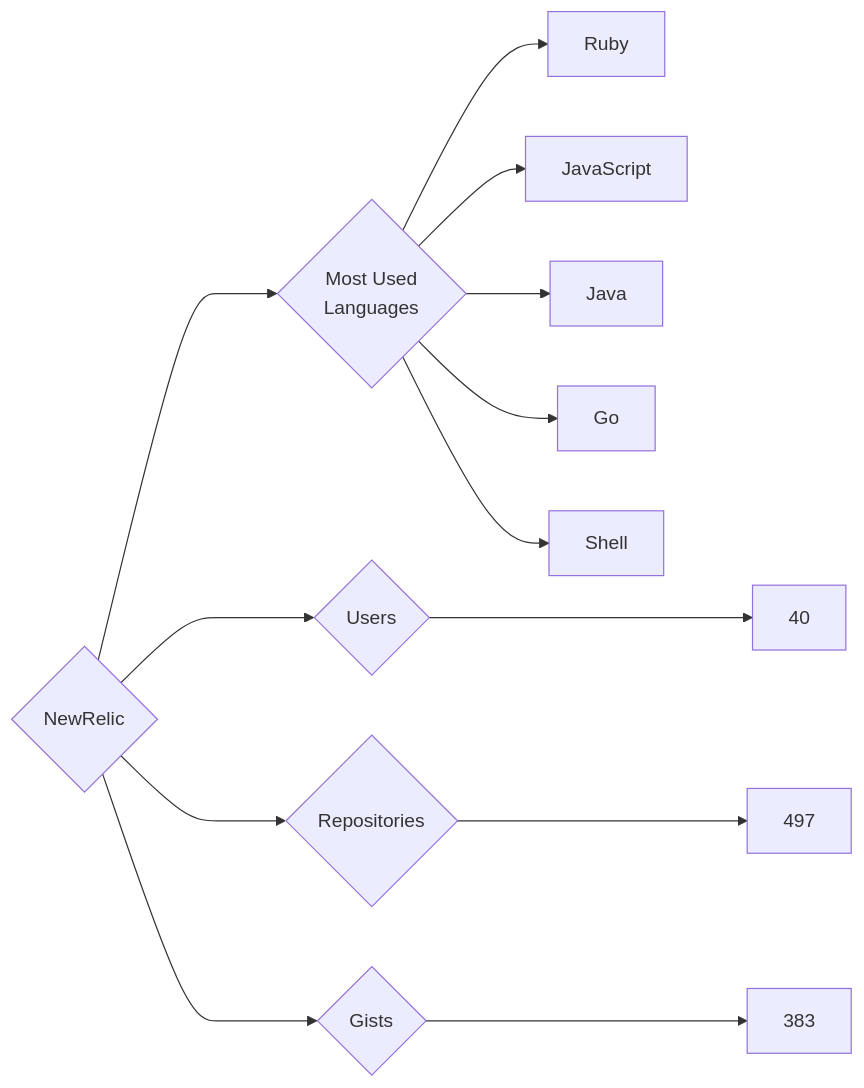
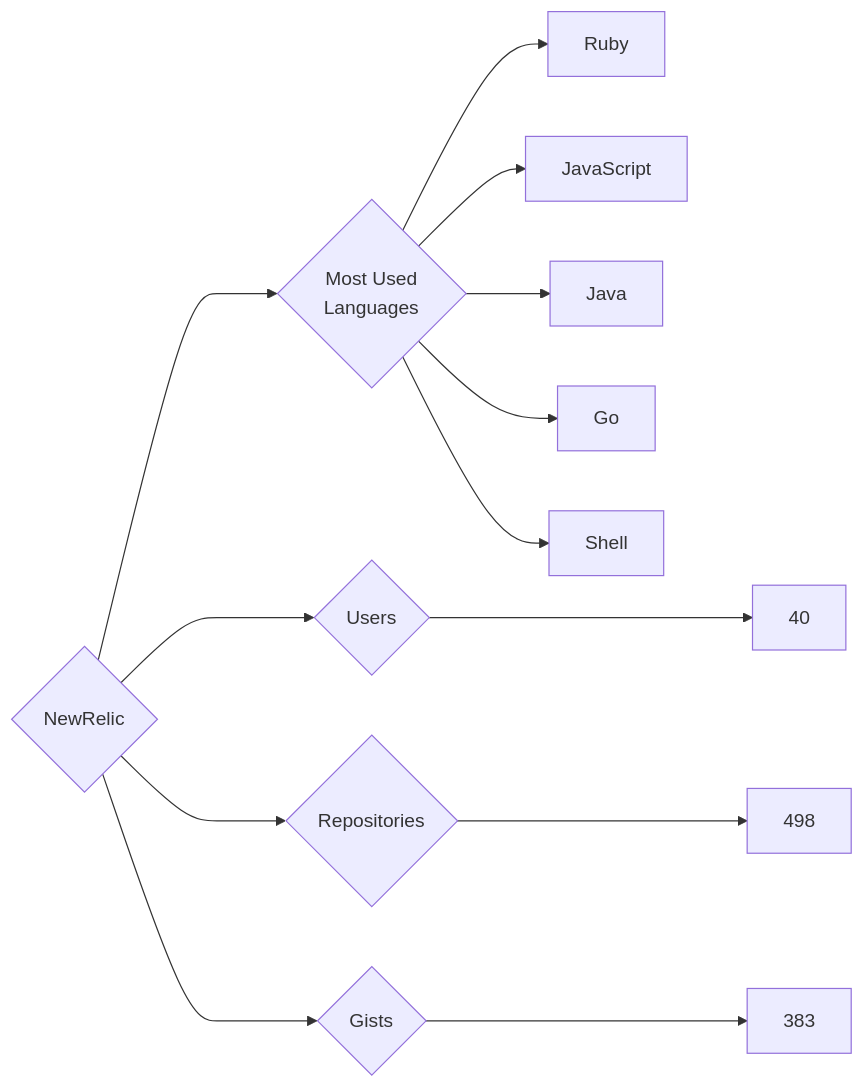
The diagram in targets/NewRelic/README.md (trickest/insiders), drawn with Mermaid before and after one commit. The commit also changed 794 other files, not shown here.

````diff
--- a/targets/NewRelic/README.md
+++ b/targets/NewRelic/README.md
@@ -3,13 +3,13 @@
 ```mermaid
 graph LR
 COMPANY_NAME{NewRelic}
 COMPANY_NAME ---> U{Users} ---> UN[40]
-COMPANY_NAME ---> R{Repositories} ---> RN[497]
+COMPANY_NAME ---> R{Repositories} ---> RN[498]
 COMPANY_NAME ---> G{Gists} ---> GN[383]
 COMPANY_NAME ---> ML{Most Used<br>Languages}
 ML --> Ruby[Ruby]
 ML --> JavaScript[JavaScript]
 ML --> Java[Java]
 ML --> Go[Go]
 ML --> Shell[Shell]
 ```
````
